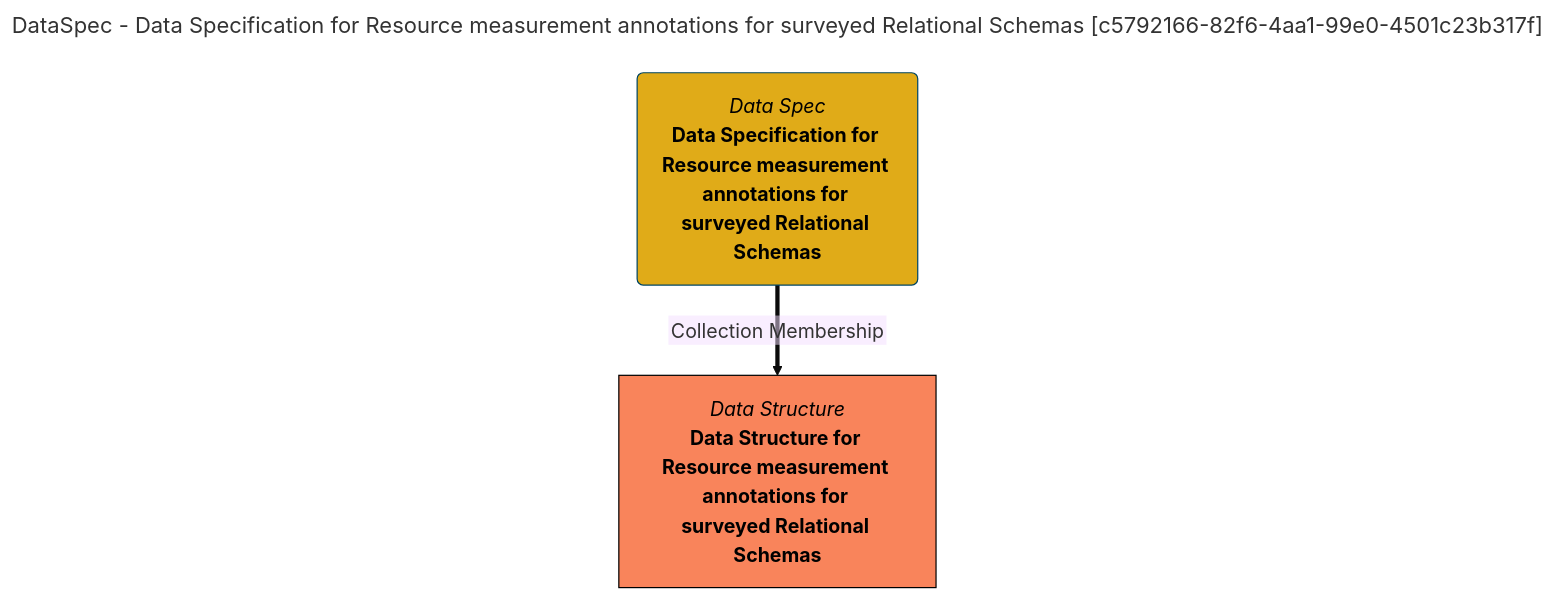
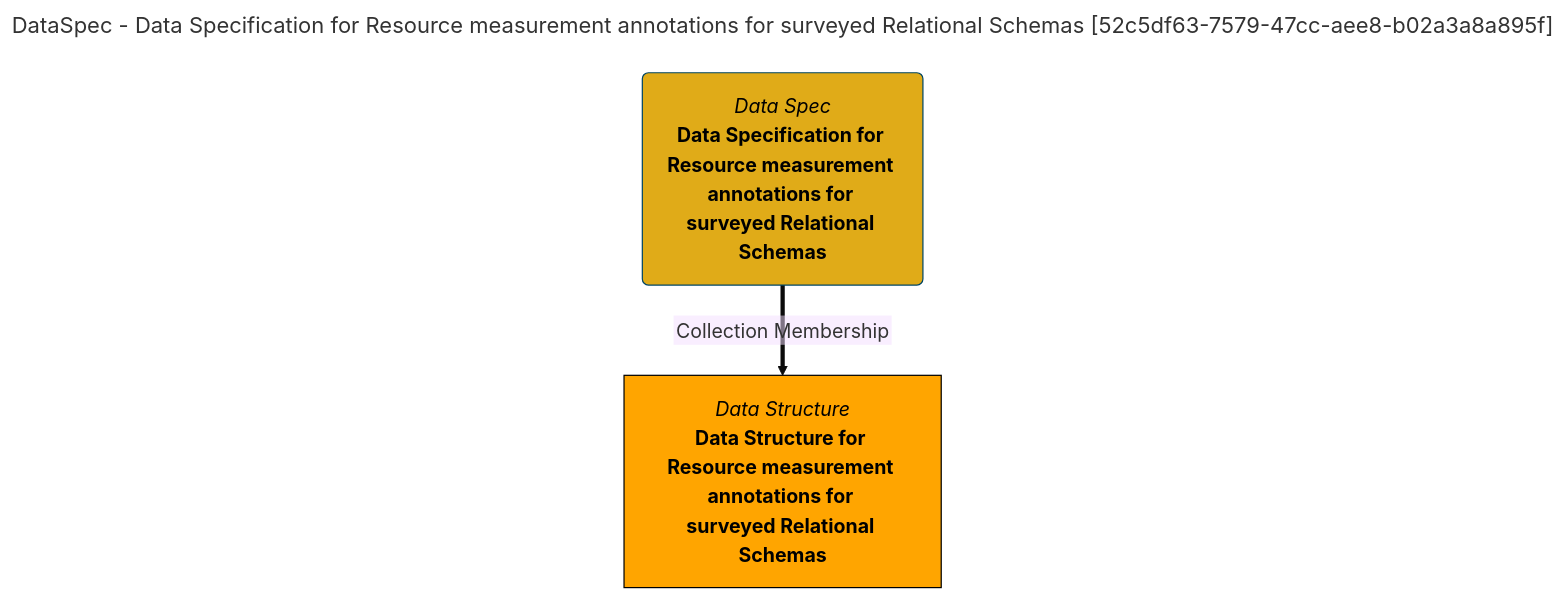
Before and after one commit to odpi/egeria-docs: the diagram in site/snippets/collections/data-specs/data-specification-for-resource-measurement-annotations-for-surveyed-relational-schemas-mermaid-graph.md, drawn with Mermaid (base theme). The commit also changed 2201 other files, not shown here.

````diff
--- a/site/snippets/collections/data-specs/data-specification-for-resource-measurement-annotations-for-surveyed-relational-schemas-mermaid-graph.md
+++ b/site/snippets/collections/data-specs/data-specification-for-resource-measurement-annotations-for-surveyed-relational-schemas-mermaid-graph.md
@@ -1,15 +1,15 @@
 ```mermaid
 ---
-title: DataSpec - Data Specification for Resource measurement annotations for surveyed Relational Schemas [c5792166-82f6-4aa1-99e0-4501c23b317f]
+title: DataSpec - Data Specification for Resource measurement annotations for surveyed Relational Schemas [52c5df63-7579-47cc-aee8-b02a3a8a895f]
 ---
 flowchart TD
 %%{init: {"flowchart": {"htmlLabels": false}} }%%
 
 1@{ shape: rounded, label: "*Data Spec*
 **Data Specification for Resource measurement annotations for surveyed Relational Schemas**"}
 2@{ shape: rect, label: "*Data Structure*
 **Data Structure for Resource measurement annotations for surveyed Relational Schemas**"}
 1==>|"Collection Membership"|2
 style 1 color:#000000, fill:#e0ab18, stroke:#004563
-style 2 color:#000000, fill:#f9845b, stroke:#000000
+style 2 color:#000000, fill:#FFA500, stroke:#000000
 ```
````
